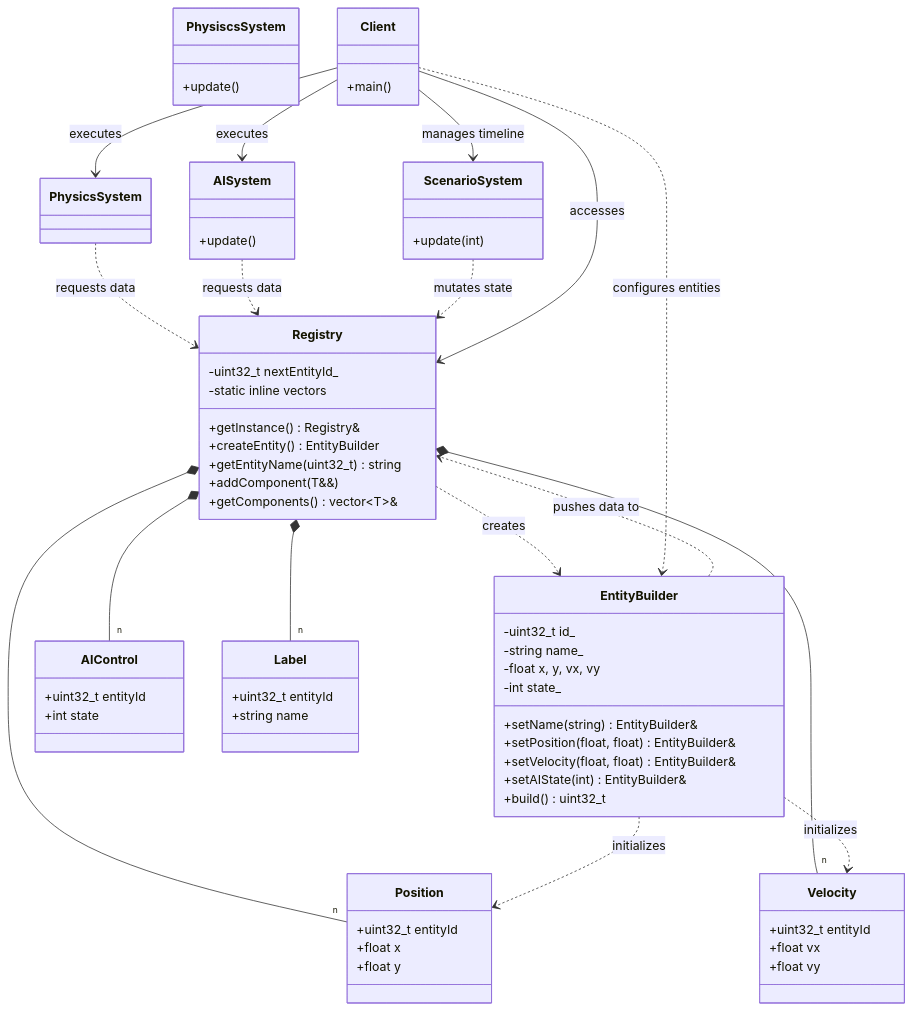
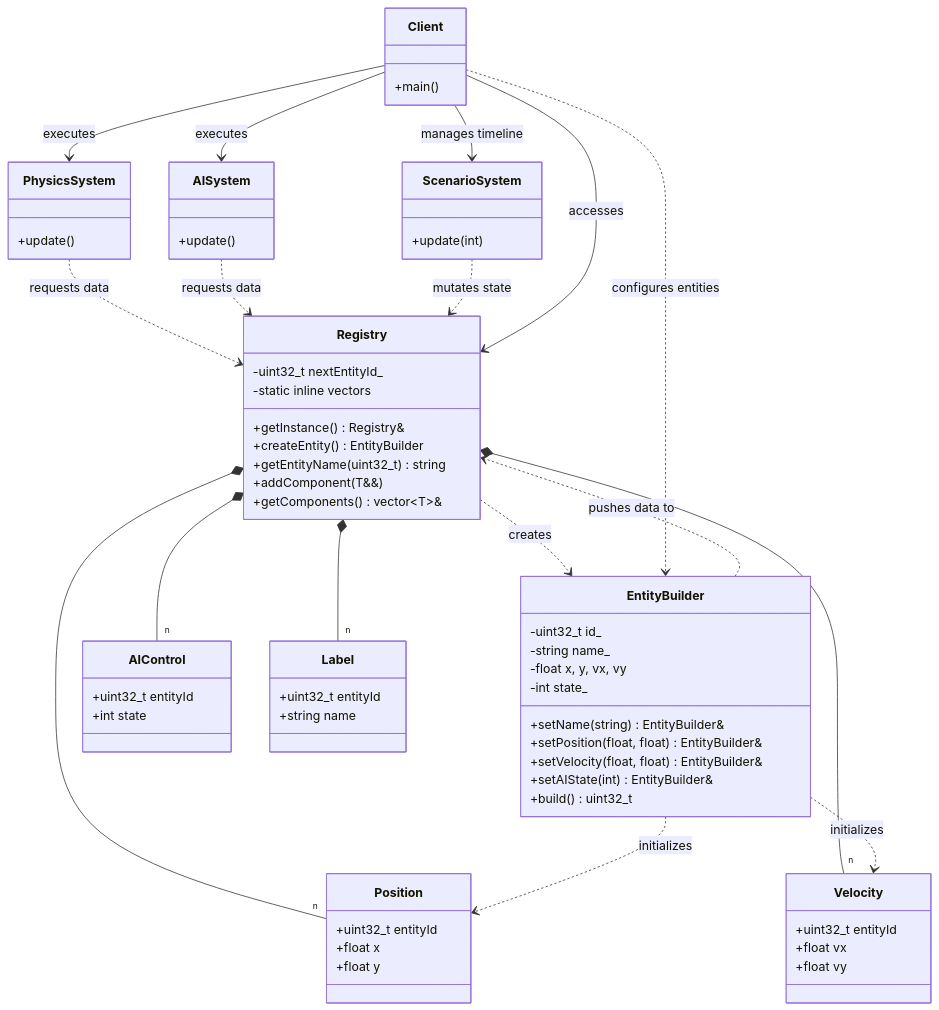
One commit to MarioGalindoQ/Modern-CPP-Design-Patterns changed the diagram in 36_ComponentRegistry_DOD/diagram.md. Above: the diagram before and after it, drawn with Mermaid.

Commit message:
Improve UML

```diff
--- a/36_ComponentRegistry_DOD/diagram.md
+++ b/36_ComponentRegistry_DOD/diagram.md
@@ -46,7 +46,7 @@
       +string name
    }
 
-   class PhysiscsSystem {
+   class PhysicsSystem {
       +update()
    }
 
```
